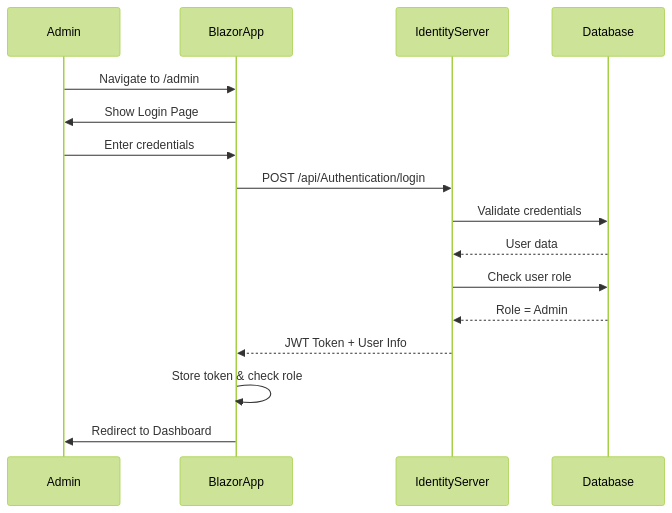
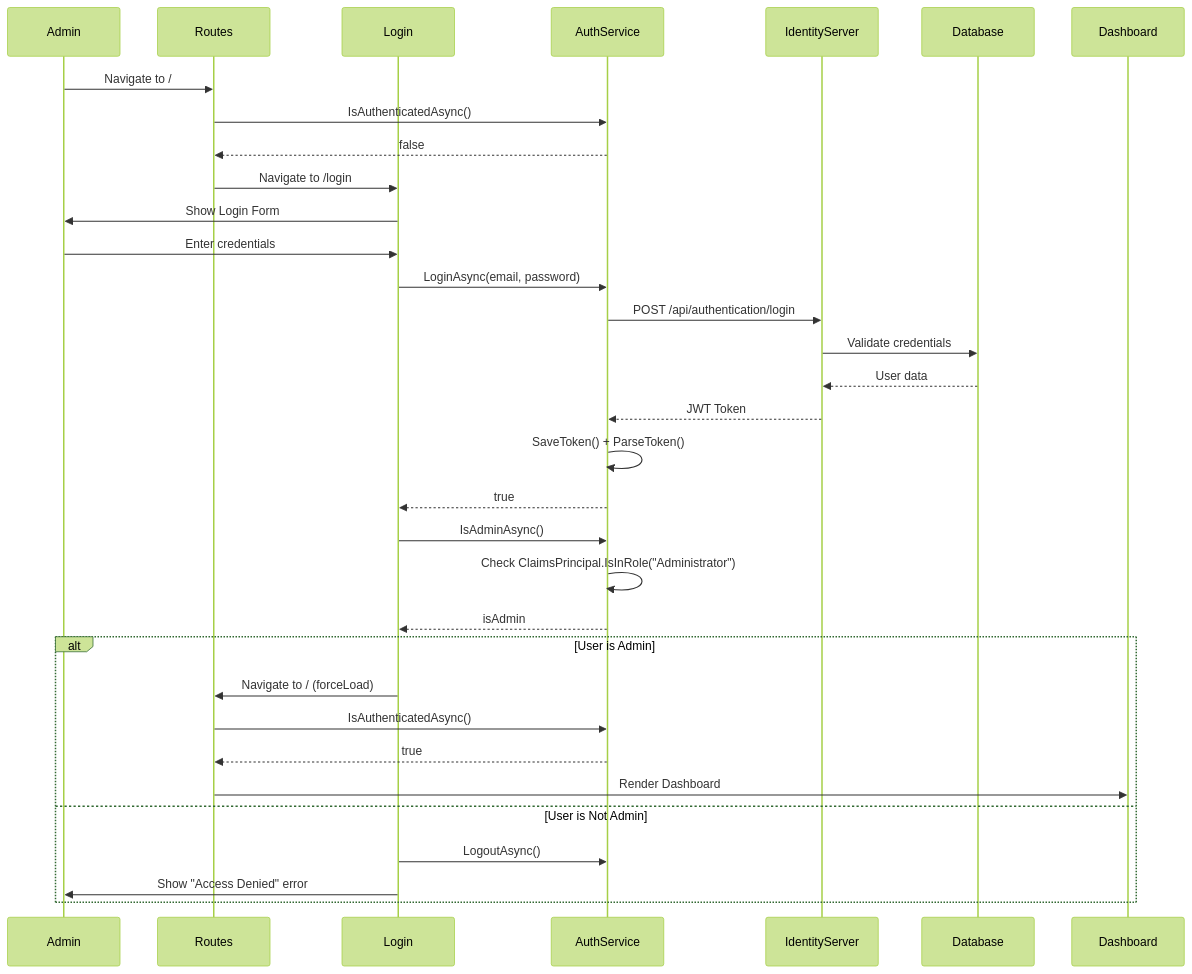
Before and after one commit to KLNHOMEALONE/Innowise.Music: the third of 3 diagrams in Docs/admin-dashboard.md, drawn with Mermaid (forest theme). The commit also changed other lines of this file and 2 other files, not shown here.

Commit message:
Add to previous commit

````diff
--- a/Docs/admin-dashboard.md
+++ b/Docs/admin-dashboard.md
@@ -85,19 +97,35 @@
 ```mermaid
 sequenceDiagram
     participant Admin
-    participant BlazorApp
+    participant Routes
+    participant Login
+    participant AuthService
     participant IdentityServer
     participant Database
     
-    Admin->>BlazorApp: Navigate to /admin
-    BlazorApp->>Admin: Show Login Page
-    Admin->>BlazorApp: Enter credentials
-    BlazorApp->>IdentityServer: POST /api/Authentication/login
+    Admin->>Routes: Navigate to /
+    Routes->>AuthService: IsAuthenticatedAsync()
+    AuthService-->>Routes: false
+    Routes->>Login: Navigate to /login
+    Login->>Admin: Show Login Form
+    Admin->>Login: Enter credentials
+    Login->>AuthService: LoginAsync(email, password)
+    AuthService->>IdentityServer: POST /api/authentication/login
     IdentityServer->>Database: Validate credentials
     Database-->>IdentityServer: User data
-    IdentityServer->>Database: Check user role
-    Database-->>IdentityServer: Role = Admin
-    IdentityServer-->>BlazorApp: JWT Token + User Info
-    BlazorApp->>BlazorApp: Store token & check role
-    BlazorApp->>Admin: Redirect to Dashboard
+    IdentityServer-->>AuthService: JWT Token
+    AuthService->>AuthService: SaveToken() + ParseToken()
+    AuthService-->>Login: true
+    Login->>AuthService: IsAdminAsync()
+    AuthService->>AuthService: Check ClaimsPrincipal.IsInRole("Administrator")
+    AuthService-->>Login: isAdmin
+    alt User is Admin
+        Login->>Routes: Navigate to / (forceLoad)
+        Routes->>AuthService: IsAuthenticatedAsync()
+        AuthService-->>Routes: true
+        Routes->>Dashboard: Render Dashboard
+    else User is Not Admin
+        Login->>AuthService: LogoutAsync()
+        Login->>Admin: Show "Access Denied" error
+    end
 ```
````
